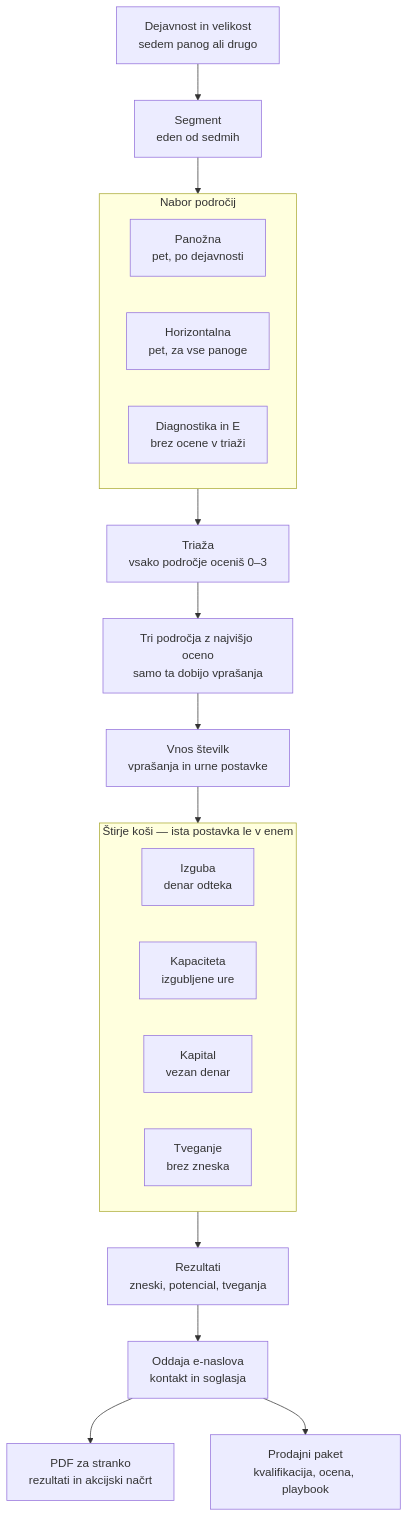
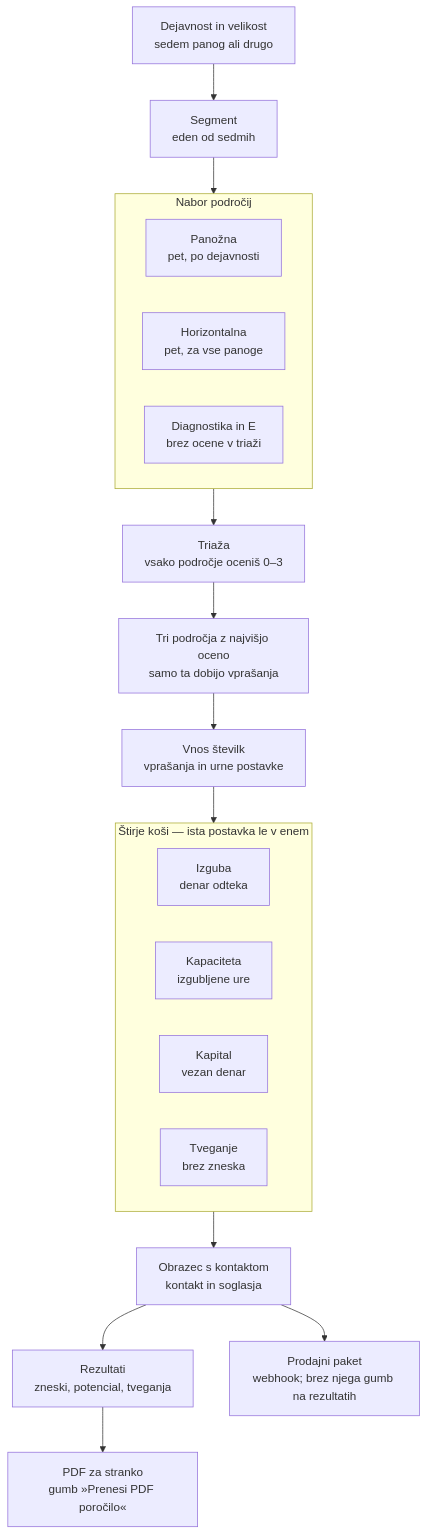
The diagram in README.md (janpavlic16579/leadmagnetdl2), drawn with Mermaid before and after one commit. The commit also changed other lines of this file and 18 other files, not shown here.

````diff
--- a/README.md
+++ b/README.md
@@ -78,30 +79,30 @@
 ```mermaid
 flowchart TD
     A["Dejavnost in velikost<br/>sedem panog ali drugo"] --> B["Segment<br/>eden od sedmih"]
     B --> N
 
     subgraph N["Nabor področij"]
         direction LR
         N1["Panožna<br/>pet, po dejavnosti"]
         N2["Horizontalna<br/>pet, za vse panoge"]
         N3["Diagnostika in E<br/>brez ocene v triaži"]
     end
 
     N --> T["Triaža<br/>vsako področje oceniš 0–3"]
     T --> S["Tri področja z najvišjo oceno<br/>samo ta dobijo vprašanja"]
     S --> V["Vnos številk<br/>vprašanja in urne postavke"]
     V --> K
 
     subgraph K["Štirje koši — ista postavka le v enem"]
         direction LR
         K1["Izguba<br/>denar odteka"]
         K2["Kapaciteta<br/>izgubljene ure"]
         K3["Kapital<br/>vezan denar"]
         K4["Tveganje<br/>brez zneska"]
     end
 
-    K --> R["Rezultati<br/>zneski, potencial, tveganja"]
-    R --> M["Oddaja e-naslova<br/>kontakt in soglasja"]
-    M --> P1["PDF za stranko<br/>rezultati in akcijski načrt"]
-    M --> P2["Prodajni paket<br/>kvalifikacija, ocena, playbook"]
+    K --> M["Obrazec s kontaktom<br/>kontakt in soglasja"]
+    M --> R["Rezultati<br/>zneski, potencial, tveganja"]
+    R --> P1["PDF za stranko<br/>gumb »Prenesi PDF poročilo«"]
+    M --> P2["Prodajni paket<br/>webhook; brez njega gumb na rezultatih"]
 ```
````
